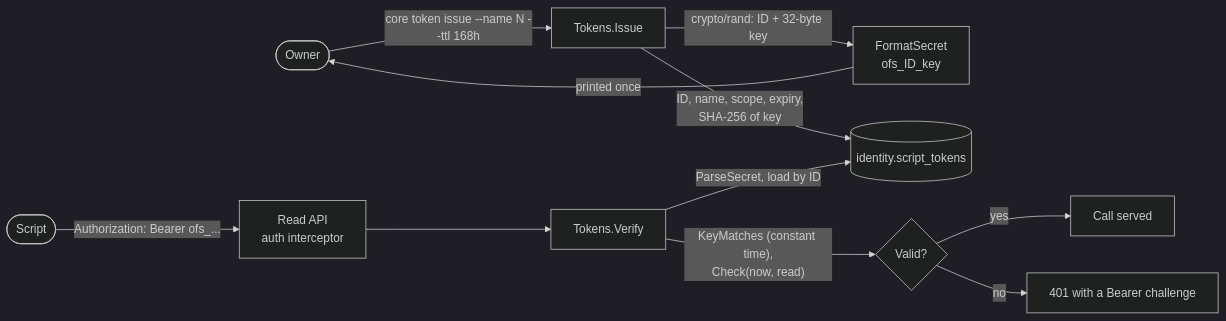
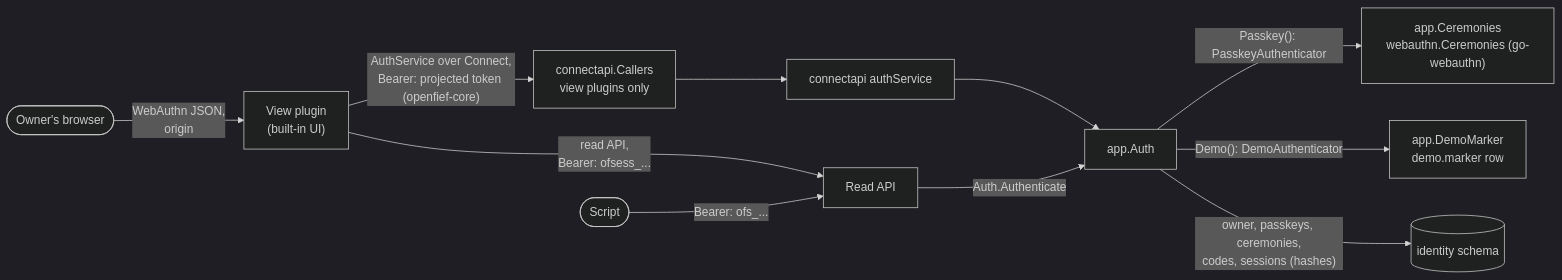
Before and after one commit to arkadiuss/openfief: the first of 3 diagrams in docs/concepts/identity.md, drawn with Mermaid (dark theme). The commit also changed other lines of this file and 278 other files, not shown here.

First line of the commit message:
feat(identity): passkeys, sessions and the AuthService in the core

````diff
--- a/docs/concepts/identity.md
+++ b/docs/concepts/identity.md
@@ -26,13 +36,13 @@
 ```mermaid
 flowchart LR
-  owner(["Owner"]) -- "core token issue --name N --ttl 168h" --> issue["Tokens.Issue"]
-  issue -- "crypto/rand: ID + 32-byte key" --> fmt["FormatSecret<br/>ofs_ID_key"]
-  issue -- "ID, name, scope, expiry,<br/>SHA-256 of key" --> db[("identity.script_tokens")]
-  fmt -- "printed once" --> owner
-  script(["Script"]) -- "Authorization: Bearer ofs_..." --> api["Read API<br/>auth interceptor"]
-  api --> verify["Tokens.Verify"]
-  verify -- "ParseSecret, load by ID" --> db
-  verify -- "KeyMatches (constant time),<br/>Check(now, read)" --> ok{"Valid?"}
-  ok -- "yes" --> served["Call served"]
-  ok -- "no" --> r401["401 with a Bearer challenge"]
+  browser(["Owner's browser"]) -- "WebAuthn JSON,<br/>origin" --> ui["View plugin<br/>(built-in UI)"]
+  ui -- "AuthService over Connect,<br/>Bearer: projected token (openfief-core)" --> callers["connectapi.Callers<br/>view plugins only"]
+  callers --> svc["connectapi authService"]
+  svc --> auth["app.Auth"]
+  auth -- "Passkey(): PasskeyAuthenticator" --> cer["app.Ceremonies<br/>webauthn.Ceremonies (go-webauthn)"]
+  auth -- "Demo(): DemoAuthenticator" --> marker["app.DemoMarker<br/>demo.marker row"]
+  auth -- "owner, passkeys, ceremonies,<br/>codes, sessions (hashes)" --> db[("identity schema")]
+  ui -- "read API,<br/>Bearer: ofsess_..." --> read["Read API"]
+  script(["Script"]) -- "Bearer: ofs_..." --> read
+  read -- "Auth.Authenticate" --> auth
 ```
````
